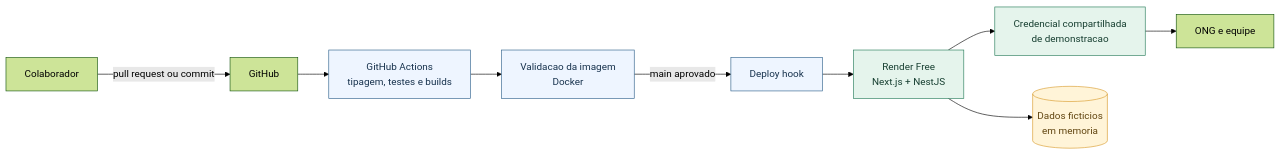
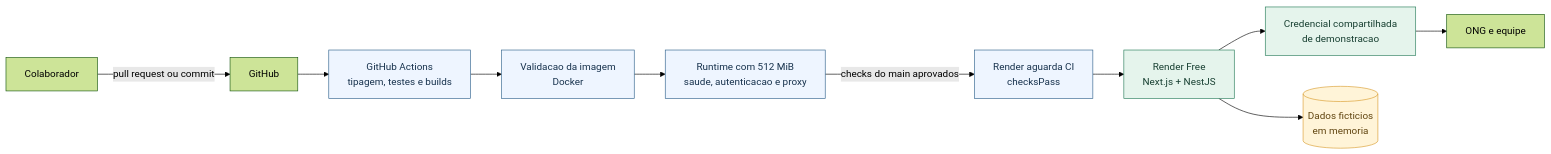
Before and after one commit to californi/anjos-de-resgate-platform: the diagram in diagrams/implantacao-demo-publica.mmd, drawn with Mermaid (forest theme). The commit also changed 9 other files, not shown here.

```diff
--- a/diagrams/implantacao-demo-publica.mmd
+++ b/diagrams/implantacao-demo-publica.mmd
@@ -1,16 +1,17 @@
 flowchart LR
     Dev[Colaborador] -->|pull request ou commit| GH[GitHub]
     GH --> CI[GitHub Actions<br/>tipagem, testes e builds]
     CI --> IMG[Validacao da imagem<br/>Docker]
-    IMG -->|main aprovado| Hook[Deploy hook]
-    Hook --> Render[Render Free<br/>Next.js + NestJS]
+    IMG --> Smoke[Runtime com 512 MiB<br/>saude, autenticacao e proxy]
+    Smoke -->|checks do main aprovados| GateCI[Render aguarda CI<br/>checksPass]
+    GateCI --> Render[Render Free<br/>Next.js + NestJS]
     Render --> Gate[Credencial compartilhada<br/>de demonstracao]
     Gate --> Members[ONG e equipe]
     Render --> Memory[(Dados ficticios<br/>em memoria)]
 
     classDef control fill:#eef5ff,stroke:#2c5f8a,color:#17324d;
     classDef deploy fill:#e5f4ec,stroke:#237a57,color:#173f31;
     classDef warning fill:#fff4d8,stroke:#d99b2b,color:#614510;
-    class CI,IMG,Hook control;
+    class CI,IMG,Smoke,GateCI control;
     class Render,Gate deploy;
     class Memory warning;
```
